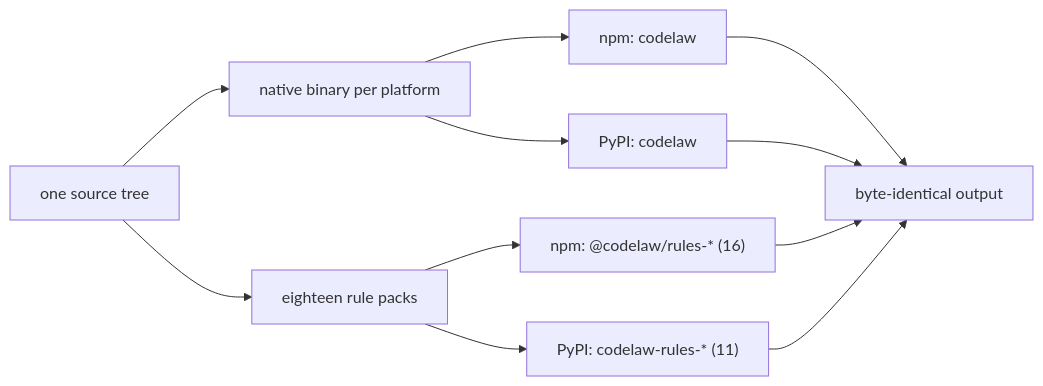
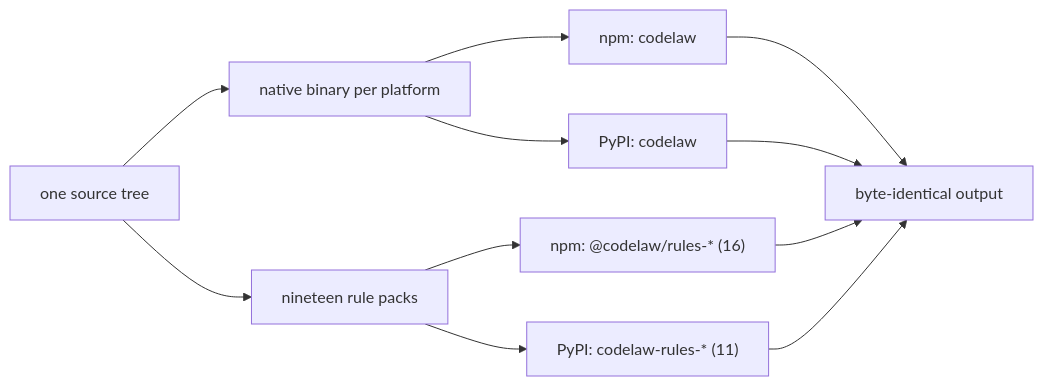
One commit to arpitarya/codelaw changed the diagram in records/0008_LAW-6-python-and-node-packages.md. Above: the diagram before and after it, drawn with Mermaid. The commit also changed other lines of this file and 86 other files, not shown here.

````diff
--- a/records/0008_LAW-6-python-and-node-packages.md
+++ b/records/0008_LAW-6-python-and-node-packages.md
@@ -31,13 +31,13 @@
 ```mermaid
 flowchart LR
     B["one source tree"] --> X["native binary per platform"]
     X --> N["npm: codelaw"]
     X --> Y["PyPI: codelaw"]
-    B --> R["eighteen rule packs"]
+    B --> R["nineteen rule packs"]
     R --> N2["npm: @codelaw/rules-* (16)"]
     R --> Y2["PyPI: codelaw-rules-* (11)"]
     N --> O["byte-identical output"]
     Y --> O
     N2 --> O
     Y2 --> O
 ```
````
